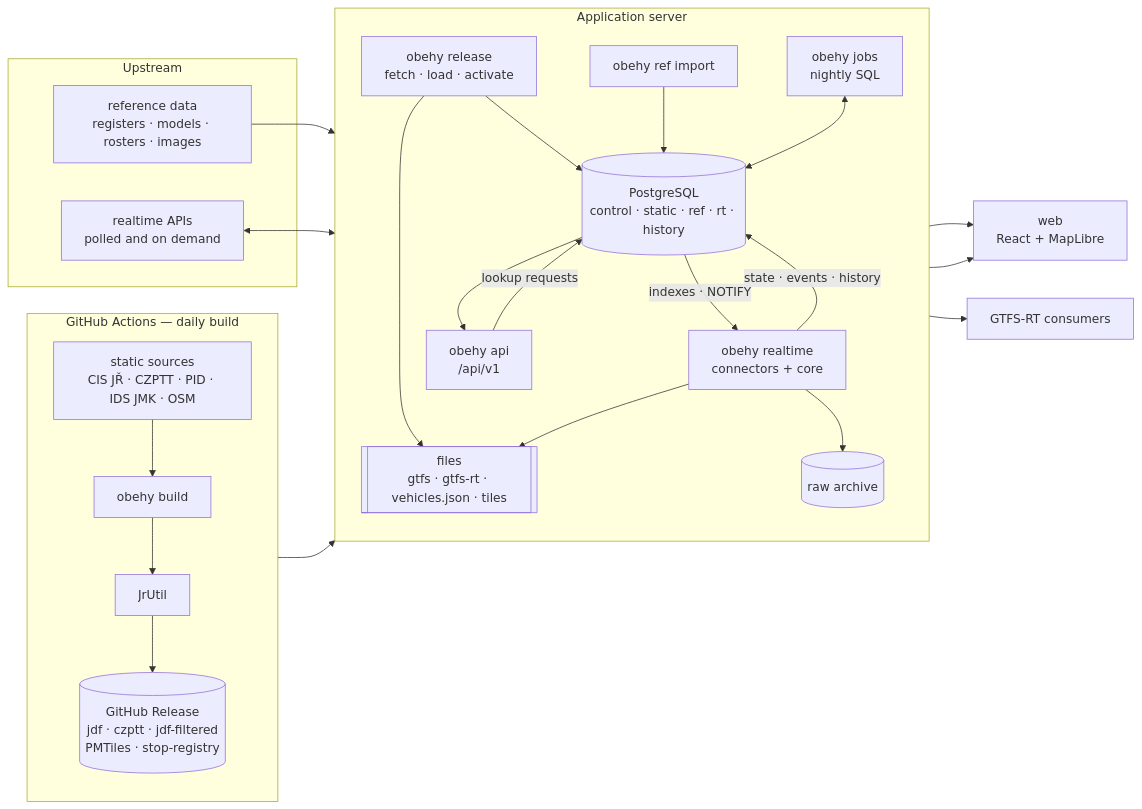
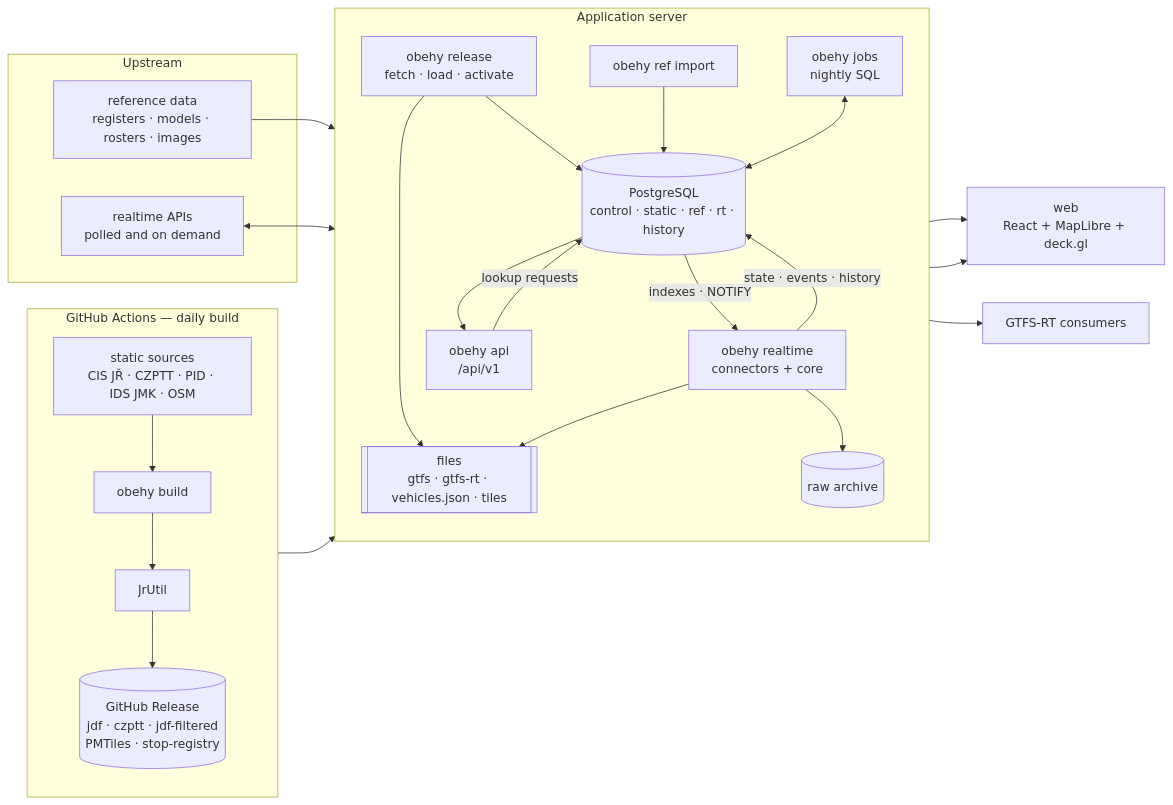
The first of 5 diagrams in ARCHITECTURE.md (Sap1k/obehy), drawn with Mermaid before and after one commit. The commit also changed 30 other files, not shown here.

First line of the commit message:
feat(web): vehicle map

````diff
--- a/ARCHITECTURE.md
+++ b/ARCHITECTURE.md
@@ -9,41 +9,41 @@
 ```mermaid
 flowchart LR
   subgraph GHA["GitHub Actions — daily build"]
     direction TB
     srcS["static sources<br/>CIS JŘ · CZPTT · PID · IDS JMK · OSM"] --> build["obehy build"]
     build --> jrutil["JrUtil"]
     jrutil --> relpub[("GitHub Release<br/>jdf · czptt · jdf-filtered<br/>PMTiles · stop-registry")]
   end
   subgraph UP["Upstream"]
     rtapi["realtime APIs<br/>polled and on demand"]
     refsrc["reference data<br/>registers · models · rosters · images"]
   end
   subgraph SRV["Application server"]
     direction TB
     rel["obehy release<br/>fetch · load · activate"]
     refimp["obehy ref import"]
     worker["obehy realtime<br/>connectors + core"]
     jobs["obehy jobs<br/>nightly SQL"]
     api["obehy api<br/>/api/v1"]
     files[["files<br/>gtfs · gtfs-rt · vehicles.json · tiles"]]
     raw[("raw archive")]
     pg[("PostgreSQL<br/>control · static · ref · rt · history")]
   end
-  web["web<br/>React + MapLibre"]
+  web["web<br/>React + MapLibre + deck.gl"]
   ext["GTFS-RT consumers"]
 
   relpub --> rel --> pg
   rel --> files
   refsrc --> refimp --> pg
   rtapi <--> worker
   worker --> raw
   pg -->|indexes · NOTIFY| worker
   worker -->|state · events · history| pg
   worker --> files
   api -->|lookup requests| pg
   jobs <--> pg
   pg --> api
   api --> web
   files --> web
   files --> ext
 ```
````
